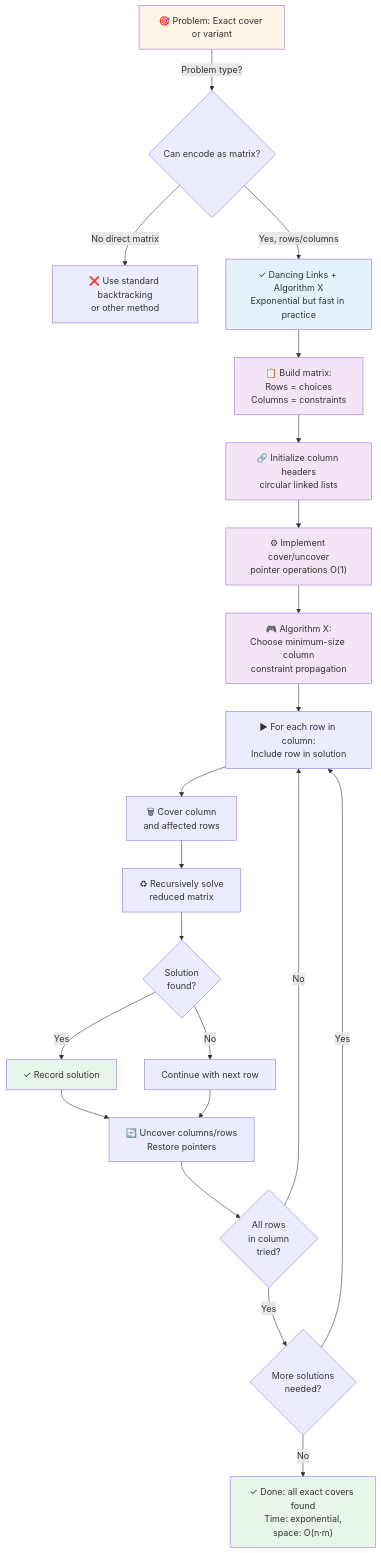
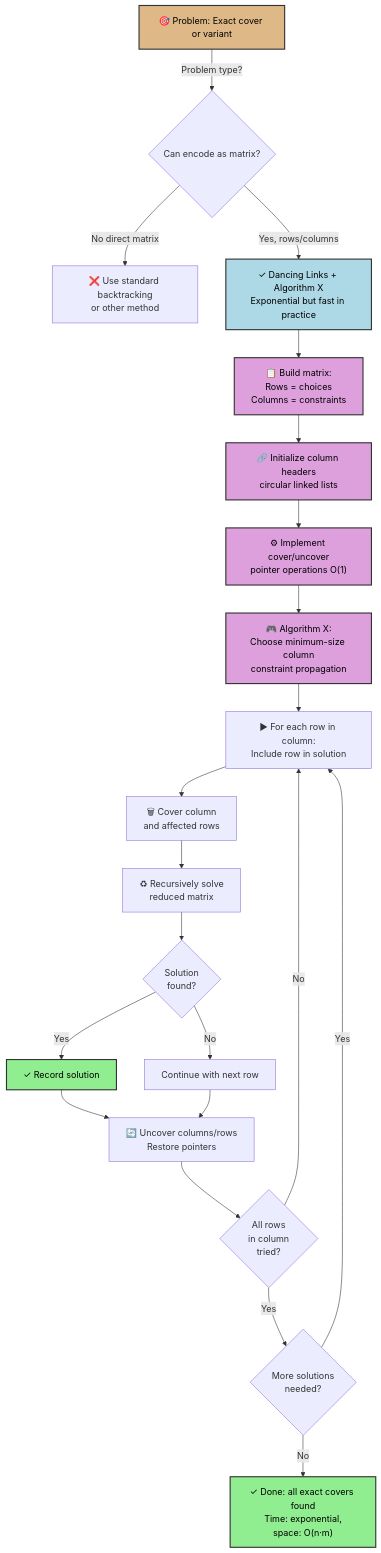
One commit to souradeepta/interviewprep changed the first of 4 diagrams in docs/advanced_ds/dancing_links.md. Above: the diagram before and after it, drawn with Mermaid. The commit also changed other lines of this file and 31 other files, not shown here.

Commit message:
updated graphs

````diff
--- a/docs/advanced_ds/dancing_links.md
+++ b/docs/advanced_ds/dancing_links.md
@@ -95,32 +95,32 @@
 ```mermaid
 flowchart TD
     A["🎯 Problem: Exact cover or variant"] -->|Problem type?| B{Can encode as matrix?}
     B -->|No direct matrix| C["❌ Use standard backtracking<br/>or other method"]
     B -->|Yes, rows/columns| D["✓ Dancing Links + Algorithm X<br/>Exponential but fast in practice"]
     D --> E["📋 Build matrix:<br/>Rows = choices<br/>Columns = constraints"]
     E --> F["🔗 Initialize column headers<br/>circular linked lists"]
     F --> G["⚙ Implement cover/uncover<br/>pointer operations O(1)"]
     G --> H["🎮 Algorithm X:<br/>Choose minimum-size column<br/>constraint propagation"]
     H --> I["▶ For each row in column:<br/>Include row in solution"]
     I --> J["🗑 Cover column<br/>and affected rows"]
     J --> K["♻ Recursively solve<br/>reduced matrix"]
     K --> L{Solution<br/>found?}
     L -->|Yes| M["✓ Record solution"]
     L -->|No| N["Continue with next row"]
     M --> O["🔄 Uncover columns/rows<br/>Restore pointers"]
     N --> O
     O --> P{"All rows<br/>in column<br/>tried?"}
     P -->|No| I
     P -->|Yes| Q{"More solutions<br/>needed?"}
     Q -->|Yes| I
     Q -->|No| R["✓ Done: all exact covers found<br/>Time: exponential,<br/>space: O(n·m)"]
     
-    style A fill:#fff4e6
-    style D fill:#e3f2fd
-    style E fill:#f3e5f5
-    style F fill:#f3e5f5
-    style G fill:#f3e5f5
-    style H fill:#f3e5f5
-    style M fill:#e8f5e9
-    style R fill:#e8f5e9
+    style A fill:#deb887,color:#000,stroke:#333,stroke-width:2px
+    style D fill:#add8e6,color:#000,stroke:#333,stroke-width:2px
+    style E fill:#dda0dd,color:#000,stroke:#333,stroke-width:2px
+    style F fill:#dda0dd,color:#000,stroke:#333,stroke-width:2px
+    style G fill:#dda0dd,color:#000,stroke:#333,stroke-width:2px
+    style H fill:#dda0dd,color:#000,stroke:#333,stroke-width:2px
+    style M fill:#90ee90,color:#000,stroke:#333,stroke-width:2px
+    style R fill:#90ee90,color:#000,stroke:#333,stroke-width:2px
 ```
````
